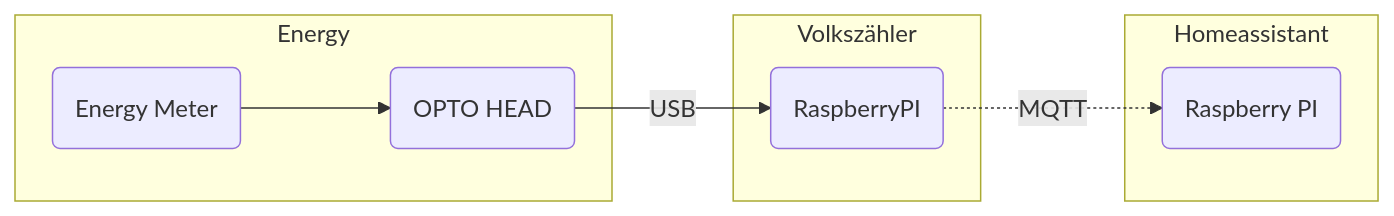
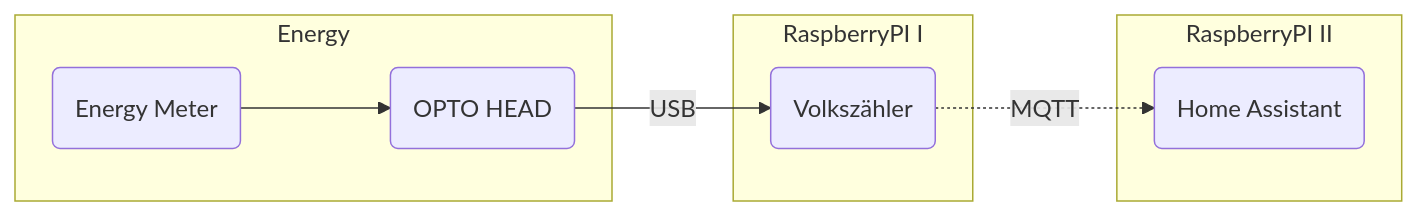
One commit to rangulvers/smart_meter_setup changed the diagram in README.md. Above: the diagram before and after it, drawn with Mermaid.

````diff
--- a/README.md
+++ b/README.md
@@ -10,14 +10,14 @@
 ```mermaid
 
 flowchart LR
         subgraph Energy
         A(Energy Meter) ---> B(OPTO HEAD)        
         end
-        subgraph Volkszähler
-        B --USB--> C(RaspberryPI)
+        subgraph RaspberryPI I
+        B --USB--> C(Volkszähler)
         end
-        subgraph Homeassistant
-        C -.MQTT.-> D(Raspberry PI)
+        subgraph RaspberryPI II
+        C -.MQTT.-> D(Home Assistant)
         end
         
 ```
````
